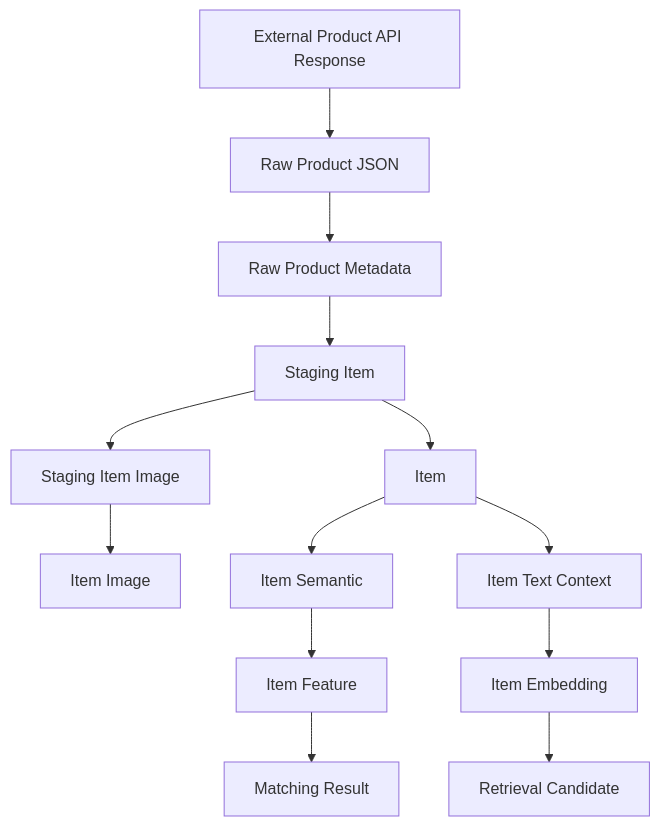
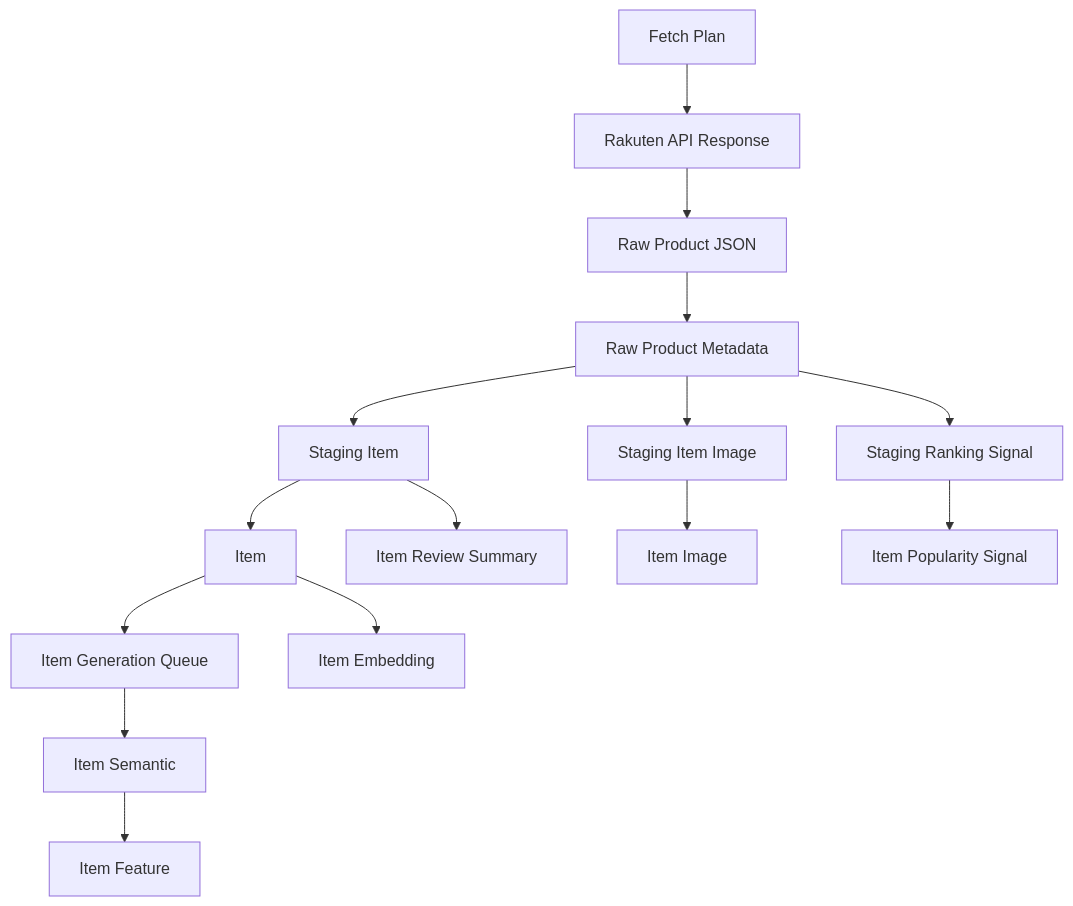
Before and after one commit to ryo-chan-k6/GiftRecommendAPP_MVP_CYCLE_3: the second of 3 diagrams in docs/05_アプリケーション設計/アプリ/database/リソース一覧.md, drawn with Mermaid. The commit also changed other lines of this file, not shown here.

````diff
--- a/docs/05_アプリケーション設計/アプリ/database/リソース一覧.md
+++ b/docs/05_アプリケーション設計/アプリ/database/リソース一覧.md
@@ -428,15 +906,18 @@
 ```mermaid
 flowchart TD
-    A[External Product API Response] --> B[Raw Product JSON]
-    B --> C[Raw Product Metadata]
-    C --> D[Staging Item]
-    D --> E[Item]
+    A[Fetch Plan] --> B[Rakuten API Response]
+    B --> C[Raw Product JSON]
+    C --> D[Raw Product Metadata]
+    D --> E[Staging Item]
     D --> F[Staging Item Image]
-    F --> G[Item Image]
-    E --> H[Item Semantic]
-    H --> I[Item Feature]
-    E --> J[Item Text Context]
-    J --> K[Item Embedding]
-    I --> L[Matching Result]
-    K --> M[Retrieval Candidate]
+    D --> G[Staging Ranking Signal]
+
+    E --> H[Item]
+    F --> I[Item Image]
+    G --> J[Item Popularity Signal]
+    E --> K[Item Review Summary]
+    H --> L[Item Generation Queue]
+    L --> M[Item Semantic]
+    M --> N[Item Feature]
+    H --> O[Item Embedding]
 ```
````
